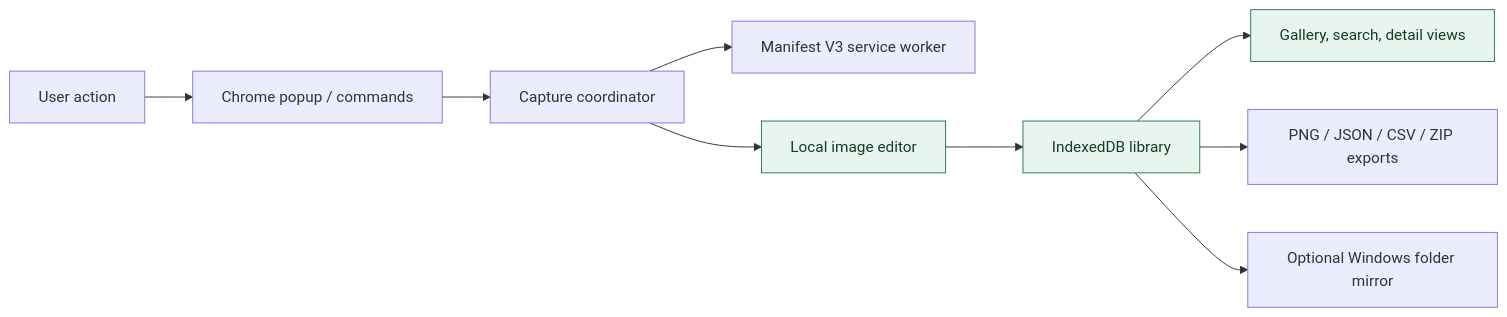
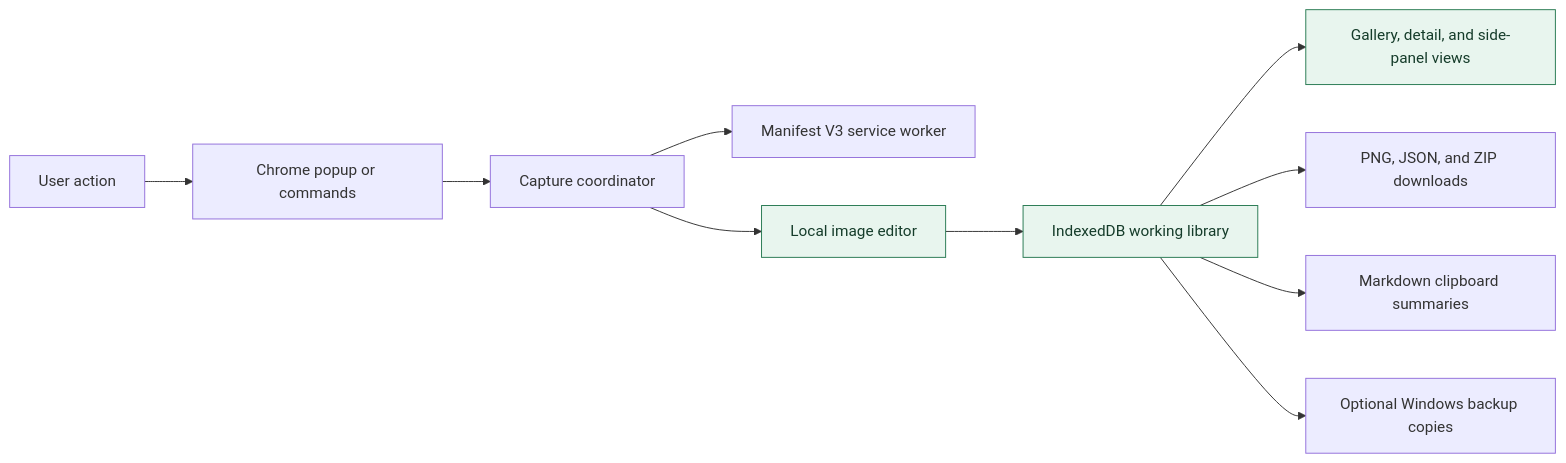
One commit to 5c0ttP/captureflow changed the diagram in README.md. Above: the diagram before and after it, drawn with Mermaid. The commit also changed other lines of this file and 21 other files, not shown here.

````diff
--- a/README.md
+++ b/README.md
@@ -33,14 +90,15 @@
 ```mermaid
 flowchart LR
-    U["User action"] --> P["Chrome popup / commands"]
+    U["User action"] --> P["Chrome popup or commands"]
     P --> C["Capture coordinator"]
     C --> B["Manifest V3 service worker"]
     C --> E["Local image editor"]
-    E --> D["IndexedDB library"]
-    D --> G["Gallery, search, detail views"]
-    D --> X["PNG / JSON / CSV / ZIP exports"]
-    D --> M["Optional Windows folder mirror"]
+    E --> D["IndexedDB working library"]
+    D --> G["Gallery, detail, and side-panel views"]
+    D --> X["PNG, JSON, and ZIP downloads"]
+    D --> K["Markdown clipboard summaries"]
+    D --> M["Optional Windows backup copies"]
 
     classDef local fill:#e8f5ee,stroke:#287a52,color:#153c2a;
     class D,E,G local;
 ```
````
